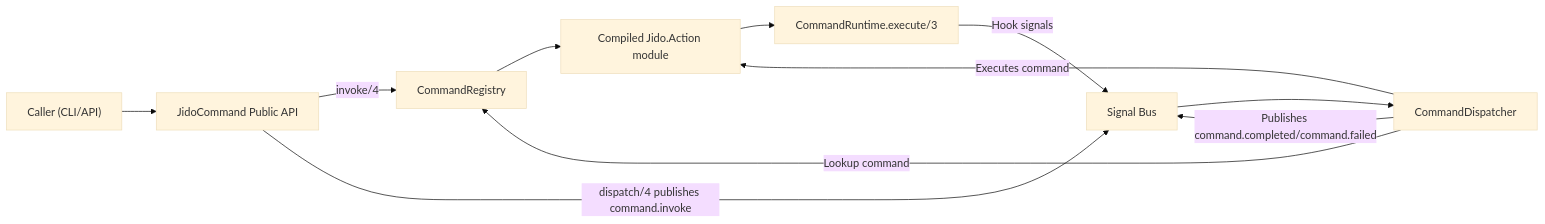
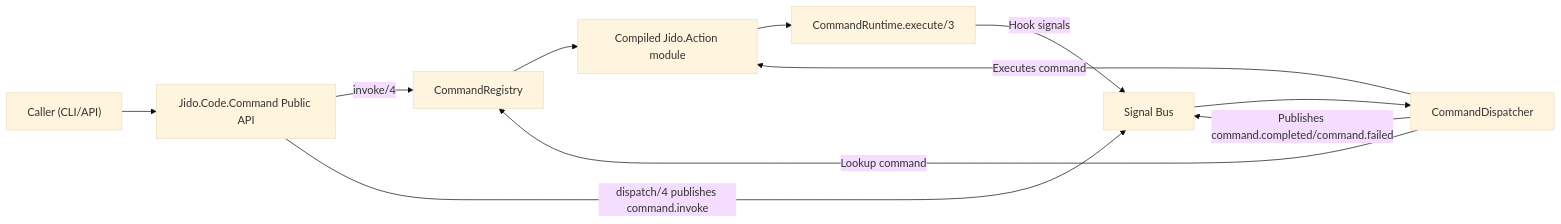
Before and after one commit to pcharbon70/jido_command: the second of 2 diagrams in docs/developer/architecture.md, drawn with Mermaid (base theme). The commit also changed other lines of this file and 32 other files, not shown here.

Commit message:
Rename namespace to Jido.Code.Command

````diff
--- a/docs/developer/architecture.md
+++ b/docs/developer/architecture.md
@@ -18,15 +18,15 @@
 ```mermaid
 flowchart LR
-  U["Caller (CLI/API)"] --> V["JidoCommand Public API"]
+  U["Caller (CLI/API)"] --> V["Jido.Code.Command Public API"]
 
   V -->|"invoke/4"| R["CommandRegistry"]
   R --> M["Compiled Jido.Action module"]
   M --> X["CommandRuntime.execute/3"]
   X -->|"Hook signals"| B["Signal Bus"]
 
   V -->|"dispatch/4 publishes command.invoke"| B
   B --> D["CommandDispatcher"]
   D -->|"Lookup command"| R
   D -->|"Executes command"| M
   D -->|"Publishes command.completed/command.failed"| B
 ```
````
